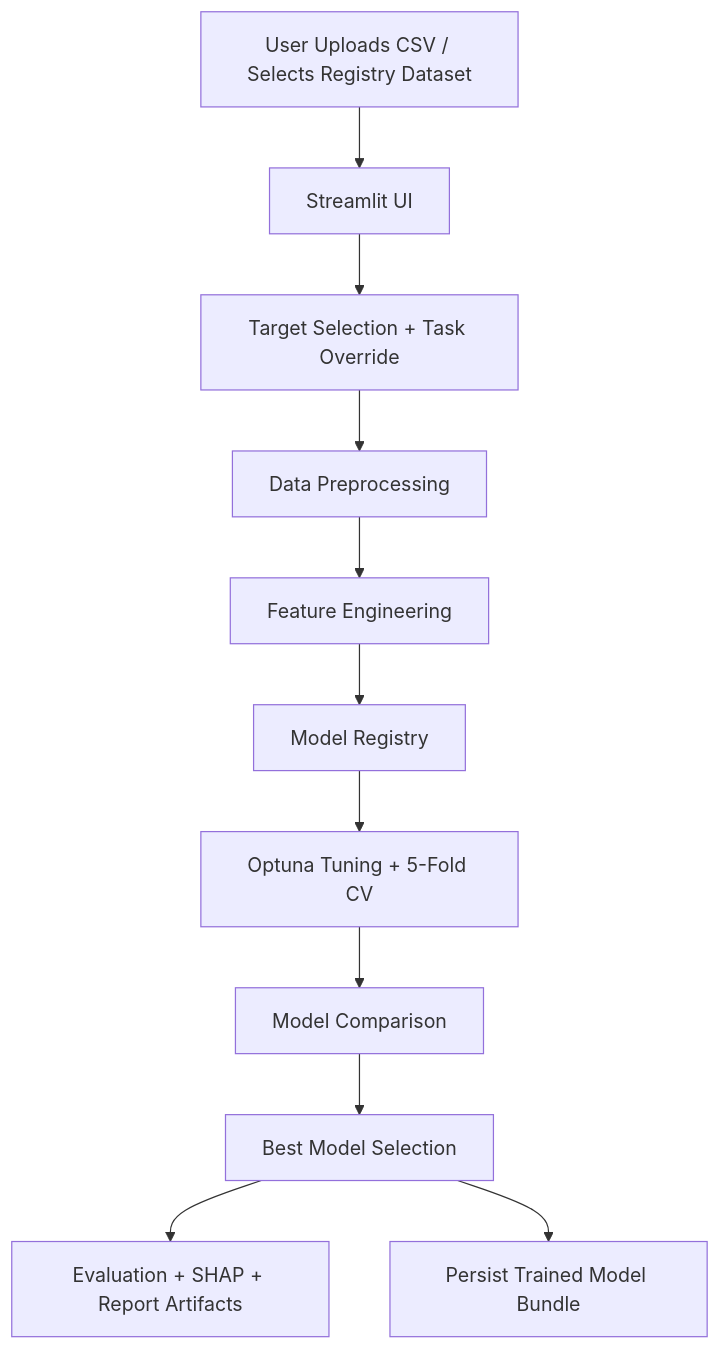
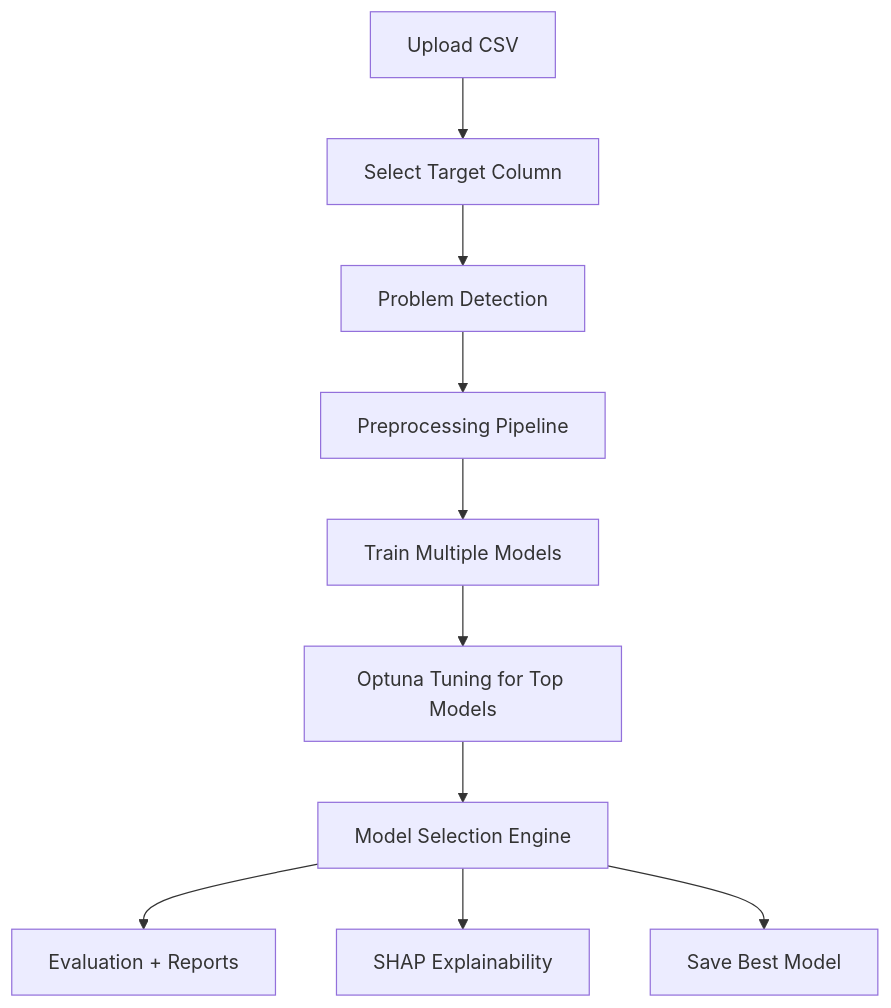
One commit to basudev-1316/Auto-ML-PlayGround changed the diagram in README.md. Above: the diagram before and after it, drawn with Mermaid. The commit also changed other lines of this file and 38 other files, not shown here.

````diff
--- a/README.md
+++ b/README.md
@@ -61,13 +80,12 @@
 ```mermaid
 flowchart TD
-    A["User Uploads CSV / Selects Registry Dataset"] --> B["Streamlit UI"]
-    B --> C["Target Selection + Task Override"]
-    C --> D["Data Preprocessing"]
-    D --> E["Feature Engineering"]
-    E --> F["Model Registry"]
-    F --> G["Optuna Tuning + 5-Fold CV"]
-    G --> H["Model Comparison"]
-    H --> I["Best Model Selection"]
-    I --> J["Evaluation + SHAP + Report Artifacts"]
-    I --> K["Persist Trained Model Bundle"]
+    A["Upload CSV"] --> B["Select Target Column"]
+    B --> C["Problem Detection"]
+    C --> D["Preprocessing Pipeline"]
+    D --> E["Train Multiple Models"]
+    E --> F["Optuna Tuning for Top Models"]
+    F --> G["Model Selection Engine"]
+    G --> H["Evaluation + Reports"]
+    G --> I["SHAP Explainability"]
+    G --> J["Save Best Model"]
 ```
````
